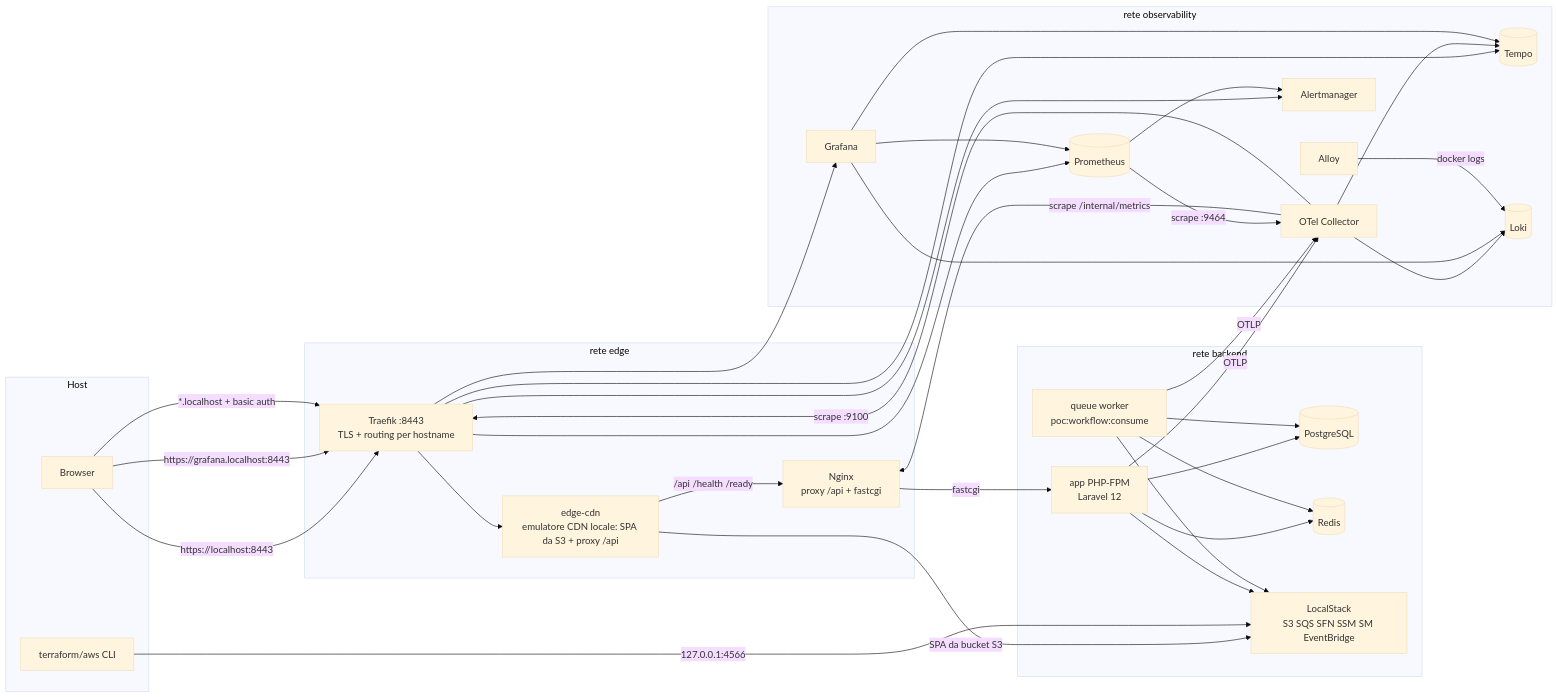
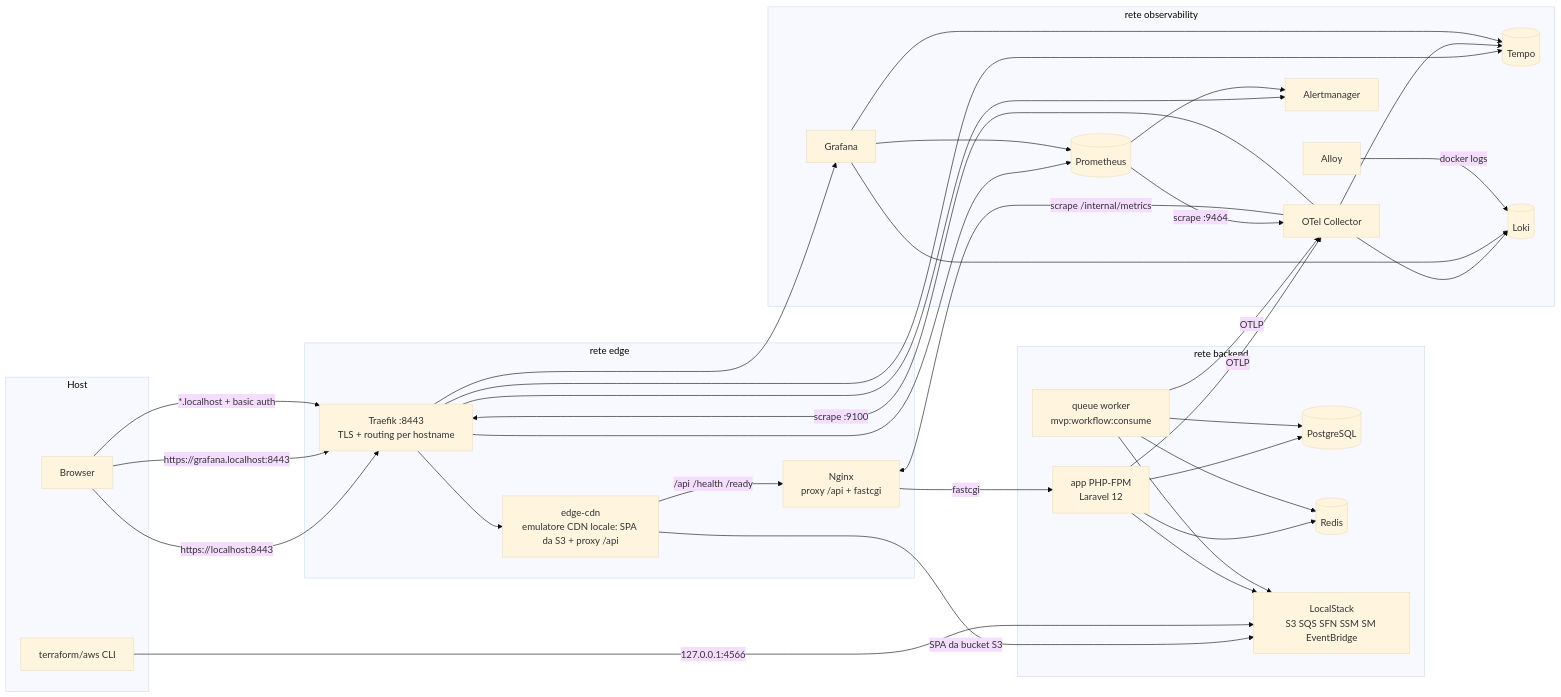
One commit to aLittleByte-19/MVP changed the first of 2 diagrams in docs/IMPLEMENTATION_OVERVIEW.md. Above: the diagram before and after it, drawn with Mermaid (base theme). The commit also changed other lines of this file and 203 other files, not shown here.

Commit message:
Fix: changed poc-mvp

````diff
--- a/docs/IMPLEMENTATION_OVERVIEW.md
+++ b/docs/IMPLEMENTATION_OVERVIEW.md
@@ -59,43 +59,43 @@
 ```mermaid
 flowchart LR
     subgraph host[Host]
         B[Browser]
         TF[terraform/aws CLI]
     end
     subgraph edge[rete edge]
         T[Traefik :8443<br/>TLS + routing per hostname]
         FC[edge-cdn<br/>emulatore CDN locale: SPA da S3 + proxy /api]
         N[Nginx<br/>proxy /api + fastcgi]
     end
     subgraph backend[rete backend]
         A[app PHP-FPM<br/>Laravel 12]
-        Q[queue worker<br/>poc:workflow:consume]
+        Q[queue worker<br/>mvp:workflow:consume]
         PG[(PostgreSQL)]
         R[(Redis)]
         LS[LocalStack<br/>S3 SQS SFN SSM SM EventBridge]
     end
     subgraph obs[rete observability]
         OC[OTel Collector]
         P[(Prometheus)]
         TE[(Tempo)]
         LK[(Loki)]
         AL[Alloy]
         AM[Alertmanager]
         G[Grafana]
     end
     B -->|https://localhost:8443| T --> FC
     FC -->|SPA da bucket S3| LS
     FC -->|/api /health /ready| N -->|fastcgi| A
     B -->|https://grafana.localhost:8443| T --> G
     B -->|*.localhost + basic auth| T --> P & AM & TE
     TF -->|127.0.0.1:4566| LS
     A & Q --> PG & R & LS
     A & Q -->|OTLP| OC
     OC -->|scrape /internal/metrics| N
     OC -->|scrape :9100| T
     OC --> TE & LK
     P -->|scrape :9464| OC
     P --> AM
     G --> P & TE & LK
     AL -->|docker logs| LK
 ```
````
